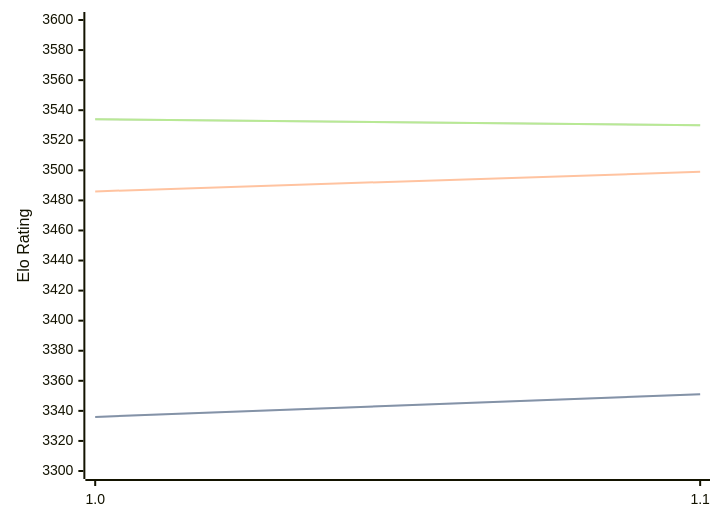
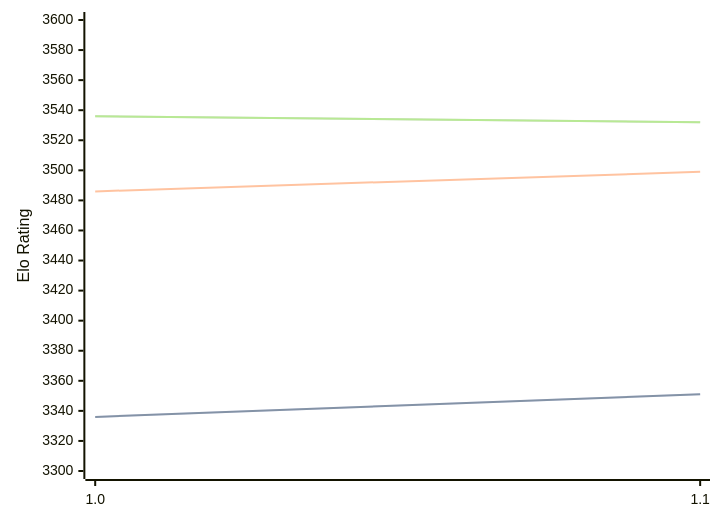
The diagram in engines/Horsie.md (computer-chess-index/cci), drawn with Mermaid before and after one commit. The commit also changed other lines of this file, not shown here.

Commit message:
Update CCI Ratings (ELO VLTC) - 2026-08-27

````diff
--- a/engines/Horsie.md
+++ b/engines/Horsie.md
@@ -32,11 +32,11 @@
 ```mermaid
 %%{init: {"theme":"base","themeVariables":{"seriesColors:['#a3a3a3','#222221','#faa371']}}}%%
 xychart-beta
   x-axis ["1.0", "1.1"]
   y-axis "Elo Rating" 3300 --> 3600
   line "STC (8.0+0.08s)" [3336, 3351]
   line "STC (8.0+0.08s)" [3336, 3351]
   line "LTC (60.0+0.60s)" [3486, 3499]
-  line "VLTC (2m24s+1.12s)" [3534, 3530]
-  line "VLTC (2m24s+1.12s)" [3534, 3530]
+  line "VLTC (2m24s+1.12s)" [3536, 3532]
+  line "VLTC (2m24s+1.12s)" [3536, 3532]
 ```
````
